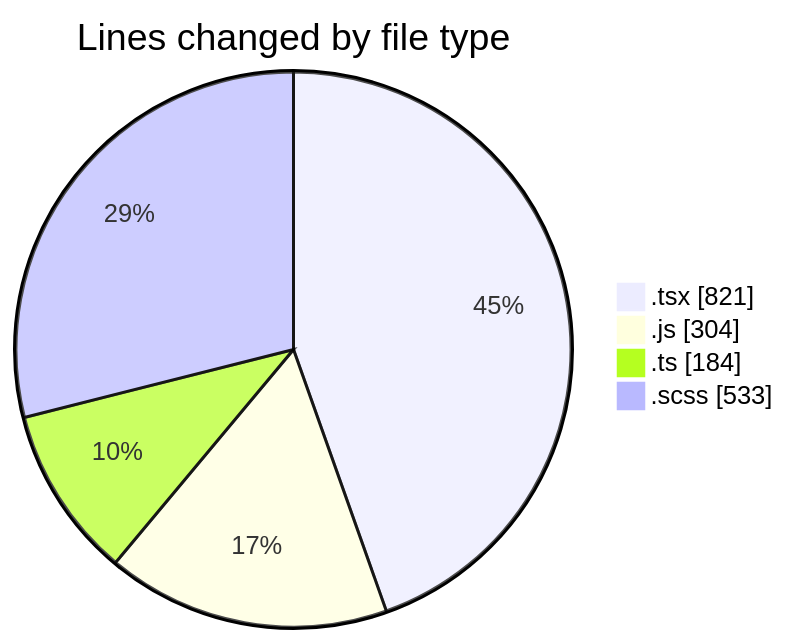
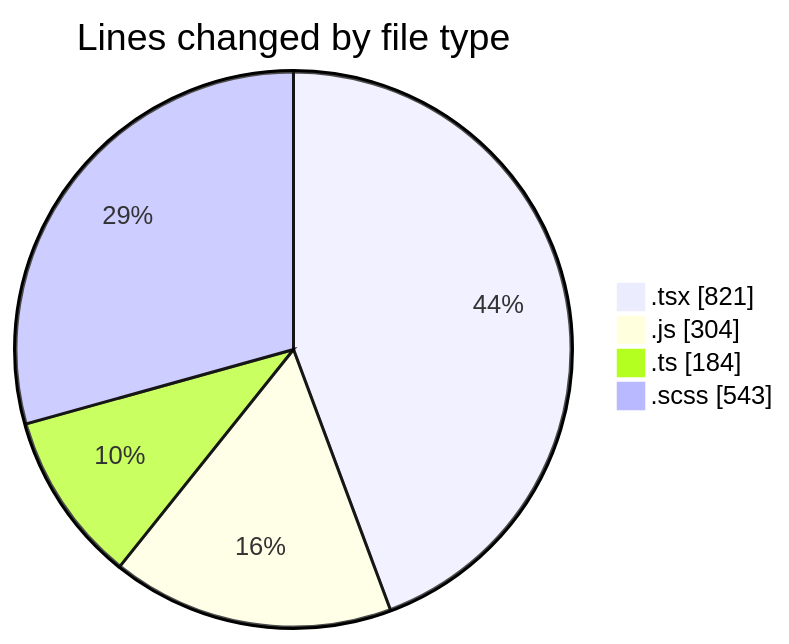
Before and after one commit to momahboobian/code-tracking: the first of 2 diagrams in 2025-02-26/cda/README.md, drawn with Mermaid. The commit also changed other lines of this file and 1 other file, not shown here.

````diff
--- a/2025-02-26/cda/README.md
+++ b/2025-02-26/cda/README.md
@@ -37,8 +37,8 @@
 ```mermaid
 pie showData
 title Lines changed by file type
 ".tsx" : 821
 ".js" : 304
 ".ts" : 184
-".scss" : 533
+".scss" : 543
 ```
````
